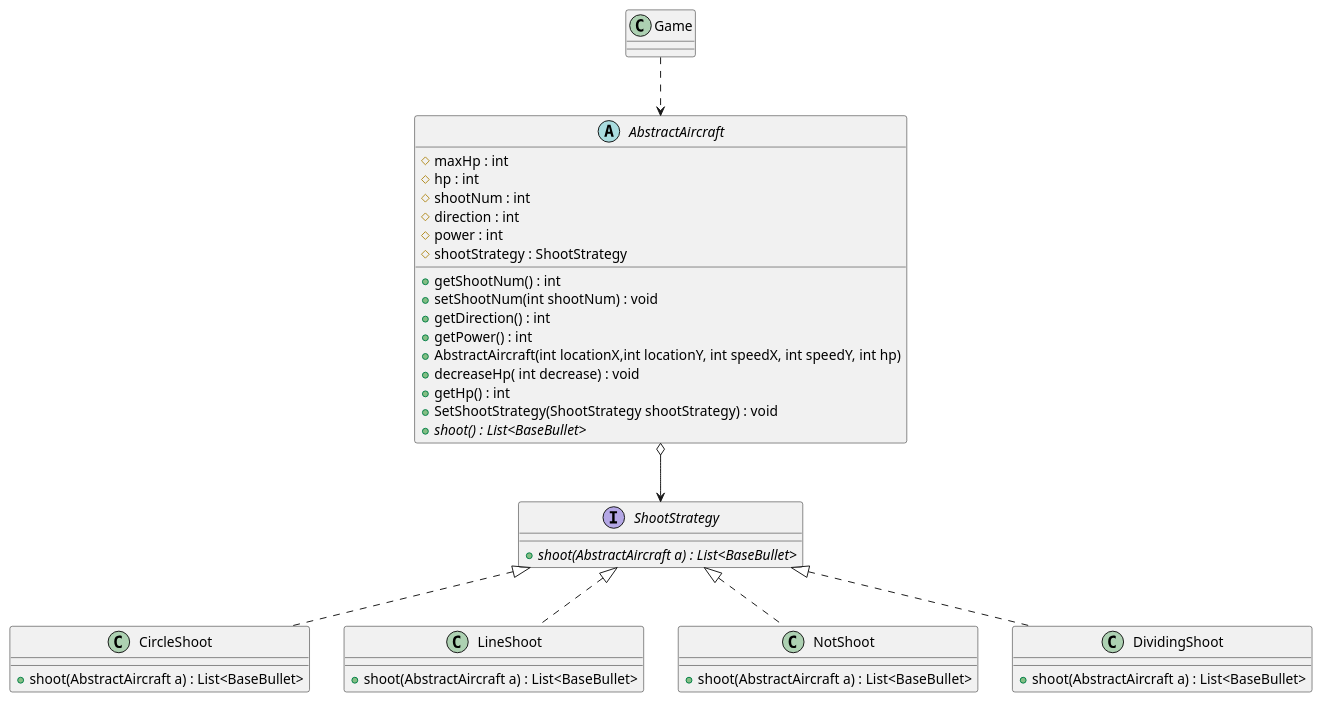
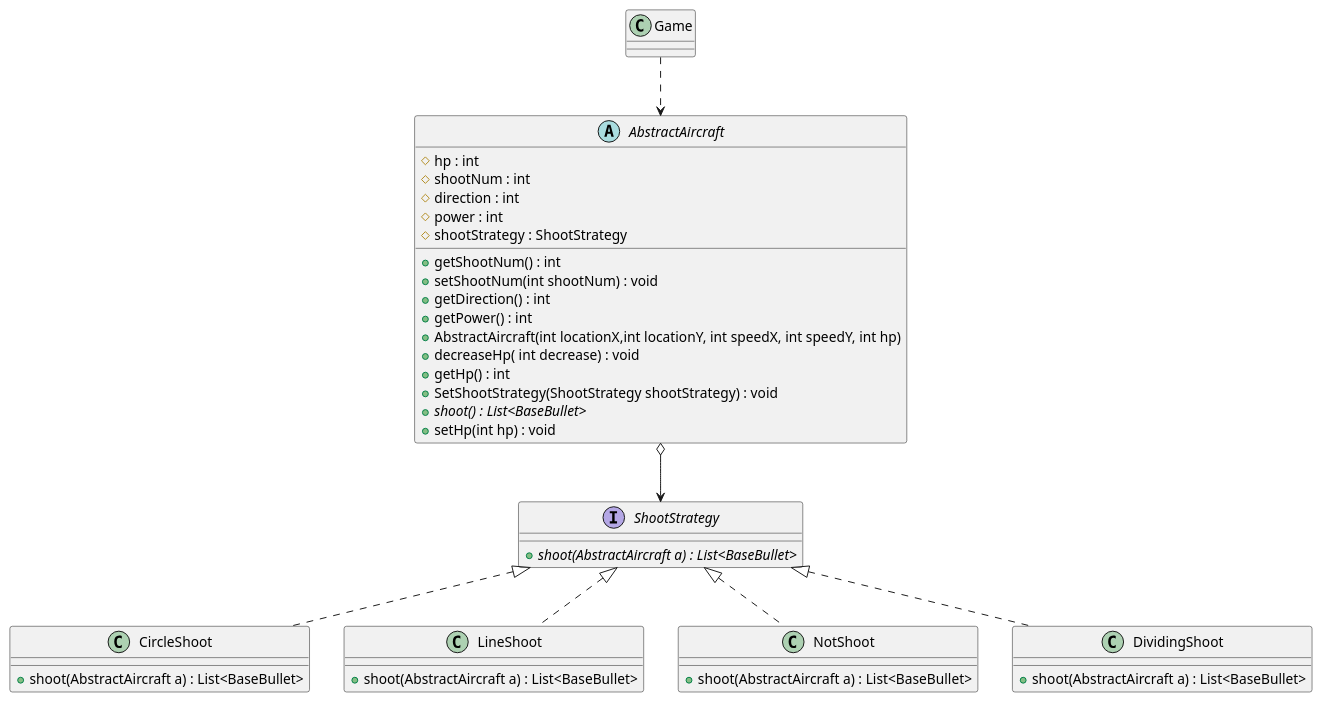
One commit to ziye26/aircraftwar changed the diagram in uml/ShootStrategy.puml. Above: the diagram before and after it, drawn with PlantUML. The commit also changed 39 other files, not shown here.

```diff
--- a/uml/ShootStrategy.puml
+++ b/uml/ShootStrategy.puml
@@ -1,50 +1,50 @@
 @startuml
 
 interface ShootStrategy {
     {abstract} +shoot(AbstractAircraft a) : List<BaseBullet>
 }
 
 class CircleShoot {
     +shoot(AbstractAircraft a) : List<BaseBullet>
 }
 
 class LineShoot {
     +shoot(AbstractAircraft a) : List<BaseBullet>
 }
 
 class NotShoot{
     +shoot(AbstractAircraft a) : List<BaseBullet>
 }
 
 class DividingShoot{
     +shoot(AbstractAircraft a) : List<BaseBullet>
 }
 
 
 abstract class AbstractAircraft{
-    # maxHp : int
     # hp : int
     # shootNum : int
     # direction : int
     # power : int
     # shootStrategy : ShootStrategy
 
     + getShootNum() : int
     + setShootNum(int shootNum) : void
     + getDirection() : int
     + getPower() : int
     + AbstractAircraft(int locationX,int locationY, int speedX, int speedY, int hp)
     + decreaseHp( int decrease) : void
     + getHp() : int
     + SetShootStrategy(ShootStrategy shootStrategy) : void
     + {abstract} shoot() : List<BaseBullet>
+    + setHp(int hp) : void
 }
 
 AbstractAircraft o--> ShootStrategy
 Game ..> AbstractAircraft
 ShootStrategy <|.. CircleShoot
 ShootStrategy <|.. LineShoot
 ShootStrategy <|.. NotShoot
 ShootStrategy <|.. DividingShoot
 
 @enduml
```
